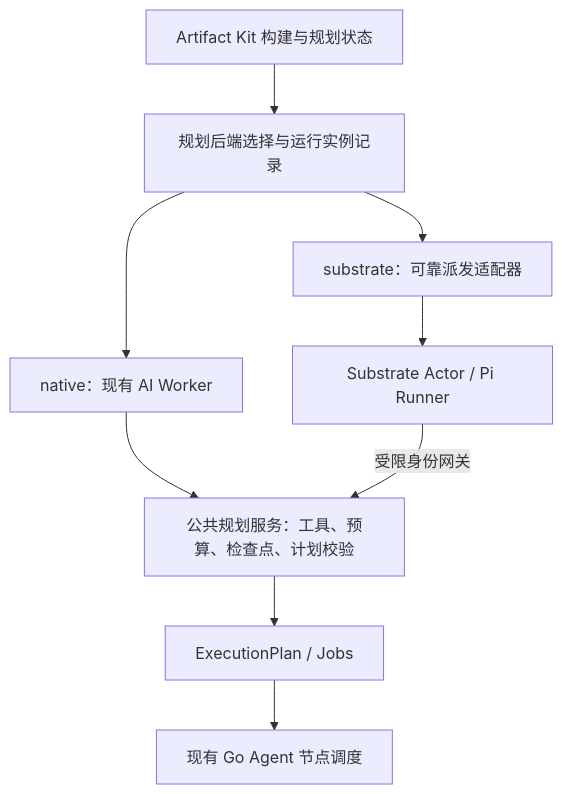
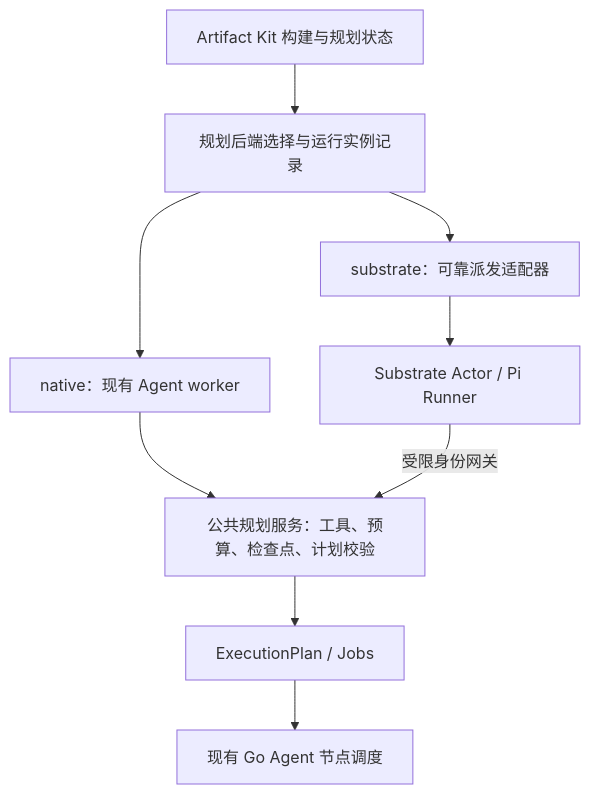
Before and after one commit to zhubby/artifact-kit: the diagram in docs/substrate-scheduling-assessment-2026-11-12.md, drawn with Mermaid. The commit also changed other lines of this file and 147 other files, not shown here.

````diff
--- a/docs/substrate-scheduling-assessment-2026-11-12.md
+++ b/docs/substrate-scheduling-assessment-2026-11-12.md
@@ -99,20 +99,20 @@
 ```mermaid
 flowchart TD
     B[Artifact Kit 构建与规划状态]
     Q[规划后端选择与运行实例记录]
-    N[native：现有 AI Worker]
+    N[native：现有 Agent worker]
     S[substrate：可靠派发适配器]
     A[Substrate Actor / Pi Runner]
     P[公共规划服务：工具、预算、检查点、计划校验]
     E[ExecutionPlan / Jobs]
     G[现有 Go Agent 节点调度]
 
     B --> Q
     Q --> N
     Q --> S
     S --> A
     N --> P
     A -->|受限身份网关| P
     P --> E
     E --> G
 ```
````
